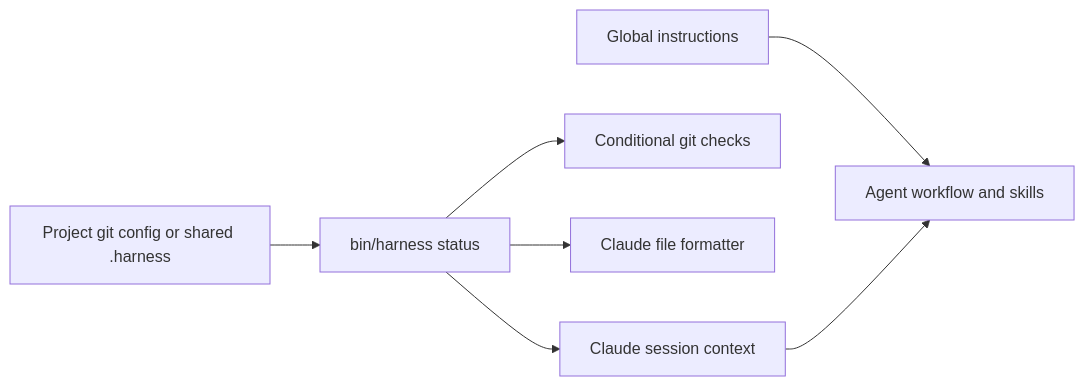
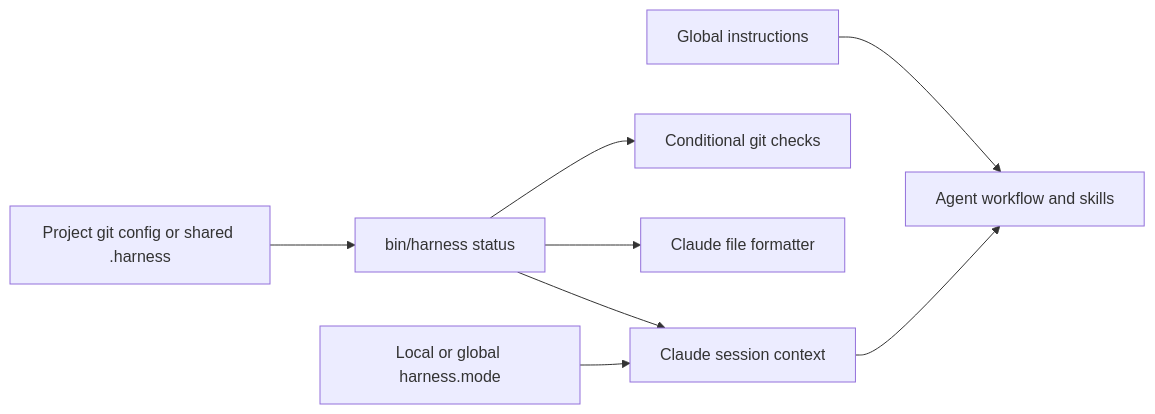
One commit to nbfrodri/agent-tack changed the second of 2 diagrams in docs/architecture.md. Above: the diagram before and after it, drawn with Mermaid. The commit also changed other lines of this file and 7 other files, not shown here.

````diff
--- a/docs/architecture.md
+++ b/docs/architecture.md
@@ -56,9 +56,10 @@
 ```mermaid
 flowchart LR
   project[Project git config or shared .harness] --> status[bin/harness status]
   status --> session[Claude session context]
+  mode[Local or global harness.mode] --> session
   status --> gitpolicy[Conditional git checks]
   status --> formatter[Claude file formatter]
   preferences[Global instructions] --> workflow[Agent workflow and skills]
   session --> workflow
 ```
````
